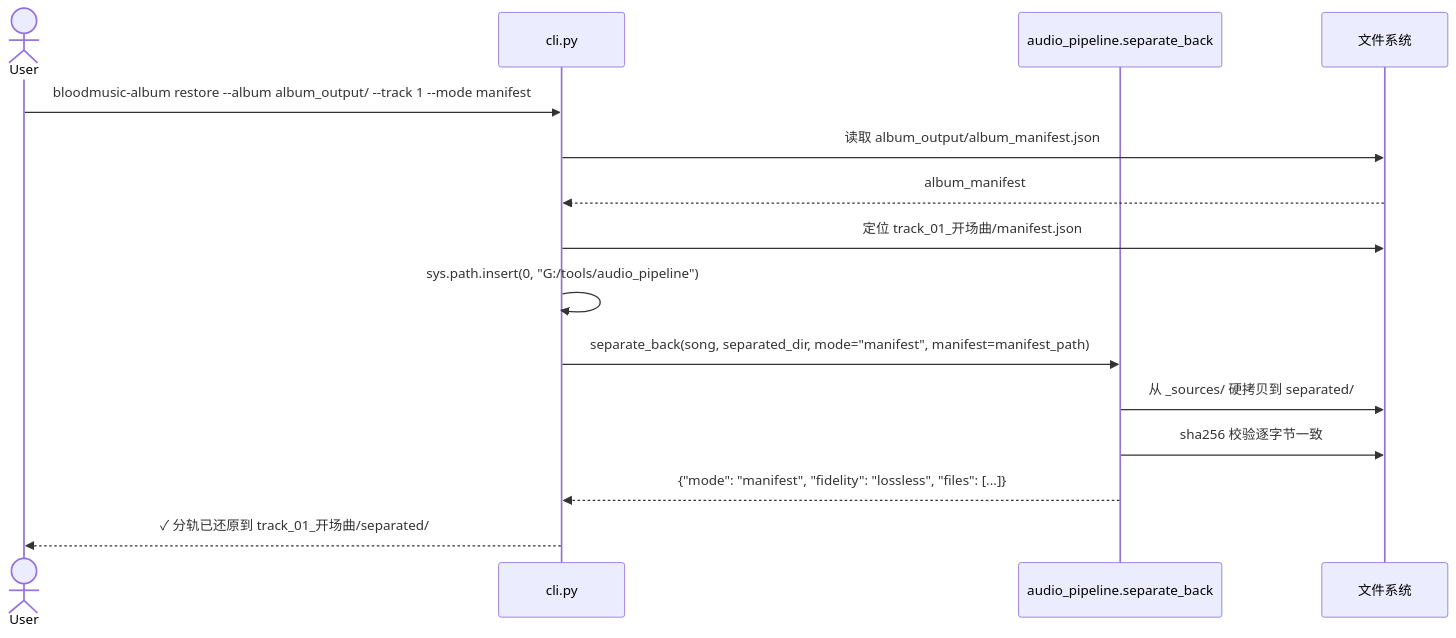
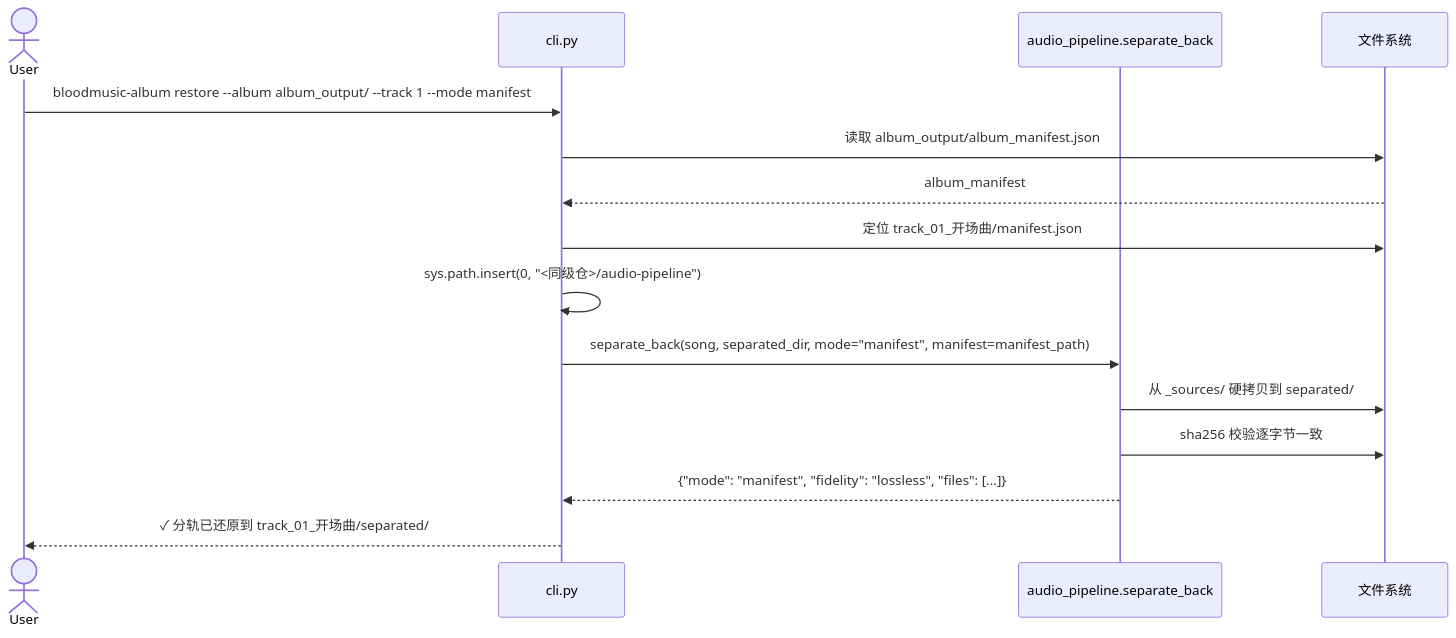
Before and after one commit to siwpan95/bloodmusic: the fourth of 5 diagrams in docs/album_maker_design.md, drawn with Mermaid. The commit also changed other lines of this file and 11 other files, not shown here.

````diff
--- a/docs/album_maker_design.md
+++ b/docs/album_maker_design.md
@@ -656,18 +656,18 @@
 ```mermaid
 sequenceDiagram
     actor User
     participant CLI as cli.py
     participant Sep as audio_pipeline.separate_back
     participant FS as 文件系统
 
     User->>CLI: bloodmusic-album restore --album album_output/ --track 1 --mode manifest
     CLI->>FS: 读取 album_output/album_manifest.json
     FS-->>CLI: album_manifest
     CLI->>FS: 定位 track_01_开场曲/manifest.json
-    CLI->>CLI: sys.path.insert(0, "G:/tools/audio_pipeline")
+    CLI->>CLI: sys.path.insert(0, "<同级仓>/audio-pipeline")
     CLI->>Sep: separate_back(song, separated_dir, mode="manifest", manifest=manifest_path)
     Sep->>FS: 从 _sources/ 硬拷贝到 separated/
     Sep->>FS: sha256 校验逐字节一致
     Sep-->>CLI: {"mode": "manifest", "fidelity": "lossless", "files": [...]}
     CLI-->>User: ✓ 分轨已还原到 track_01_开场曲/separated/
 ```
````
